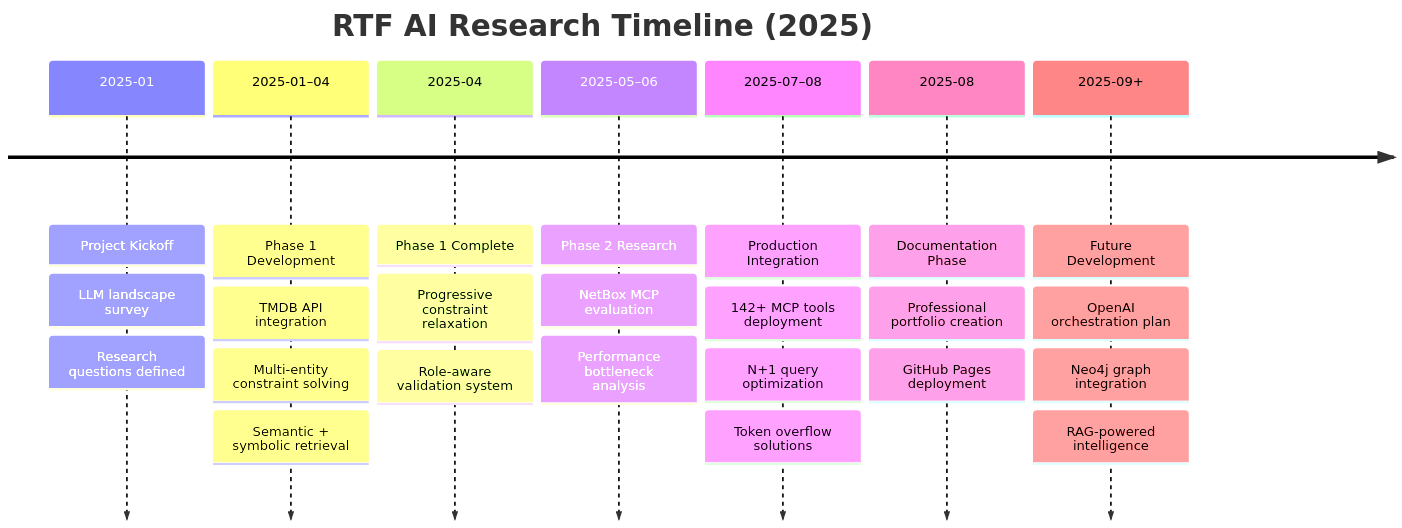
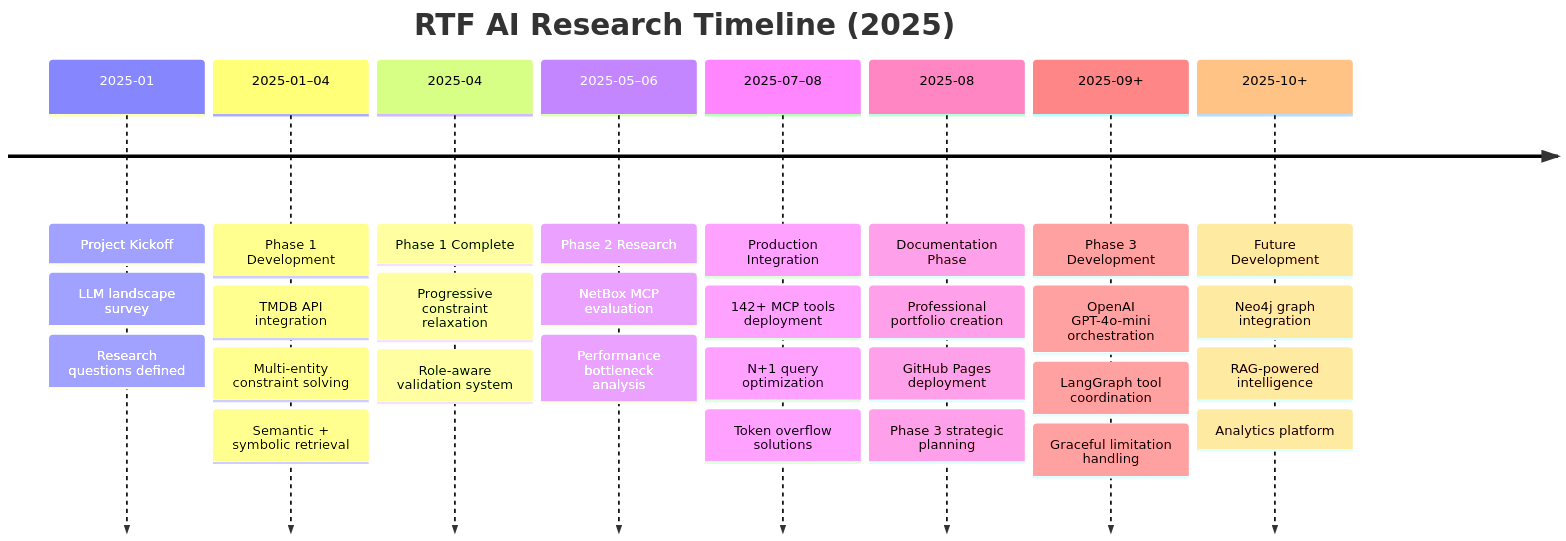
One commit to FinnMacCumail/rtf-research changed the first of 2 diagrams in docs/index.md. Above: the diagram before and after it, drawn with Mermaid. The commit also changed other lines of this file and 4 other files, not shown here.

First line of the commit message:
📝 docs: Update research portfolio to reflect Phase 3 orchestration approach

````diff
--- a/docs/index.md
+++ b/docs/index.md
@@ -25,11 +28,12 @@
 ```mermaid
 timeline
     title RTF AI Research Timeline (2025)
     2025-01 : Project Kickoff : LLM landscape survey : Research questions defined
     2025-01–04 : Phase 1 Development : TMDB API integration : Multi-entity constraint solving : Semantic + symbolic retrieval
     2025-04 : Phase 1 Complete : Progressive constraint relaxation : Role-aware validation system
     2025-05–06 : Phase 2 Research : NetBox MCP evaluation : Performance bottleneck analysis
     2025-07–08 : Production Integration : 142+ MCP tools deployment : N+1 query optimization : Token overflow solutions
-    2025-08 : Documentation Phase : Professional portfolio creation : GitHub Pages deployment
-    2025-09+ : Future Development : OpenAI orchestration plan : Neo4j graph integration : RAG-powered intelligence
+    2025-08 : Documentation Phase : Professional portfolio creation : GitHub Pages deployment : Phase 3 strategic planning
+    2025-09+ : Phase 3 Development : OpenAI GPT-4o-mini orchestration : LangGraph tool coordination : Graceful limitation handling
+    2025-10+ : Future Development : Neo4j graph integration : RAG-powered intelligence : Analytics platform
 ```
````
